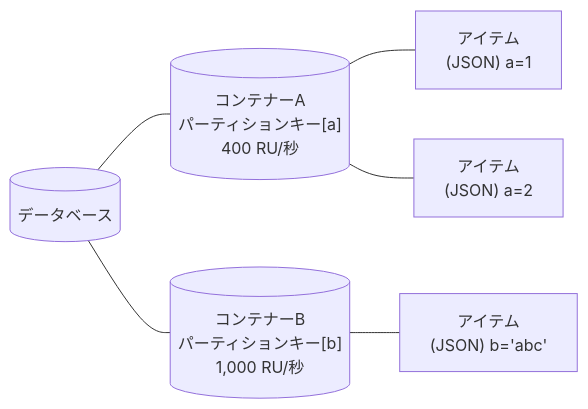
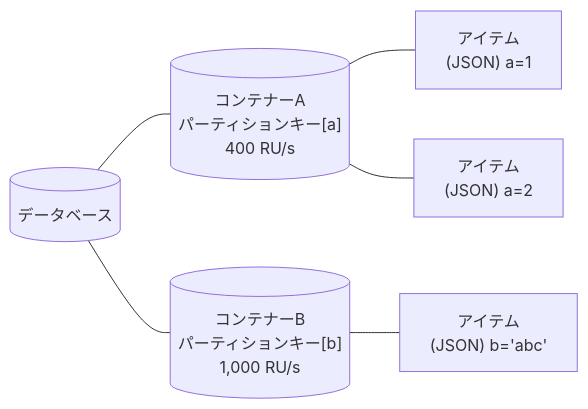
One commit to tahayaka-microsoft/CosmosDB-ChangeFeed-Functions changed the first of 4 diagrams in readme.md. Above: the diagram before and after it, drawn with Mermaid. The commit also changed other lines of this file, not shown here.

````diff
--- a/readme.md
+++ b/readme.md
@@ -159,15 +159,15 @@
 ```mermaid
 graph LR
     A[(データベース)] --- B[("コンテナーA
     パーティションキー[a]
-    400 RU/秒")]
+    400 RU/s")]
     A --- C[("コンテナーB
     パーティションキー[b]
-    1,000 RU/秒")]
+    1,000 RU/s")]
     C --- E["アイテム
     (JSON) b='abc'"]
     B --- D["アイテム
     (JSON) a=1"]
     B --- F["アイテム
     (JSON) a=2"]
 ```
````
